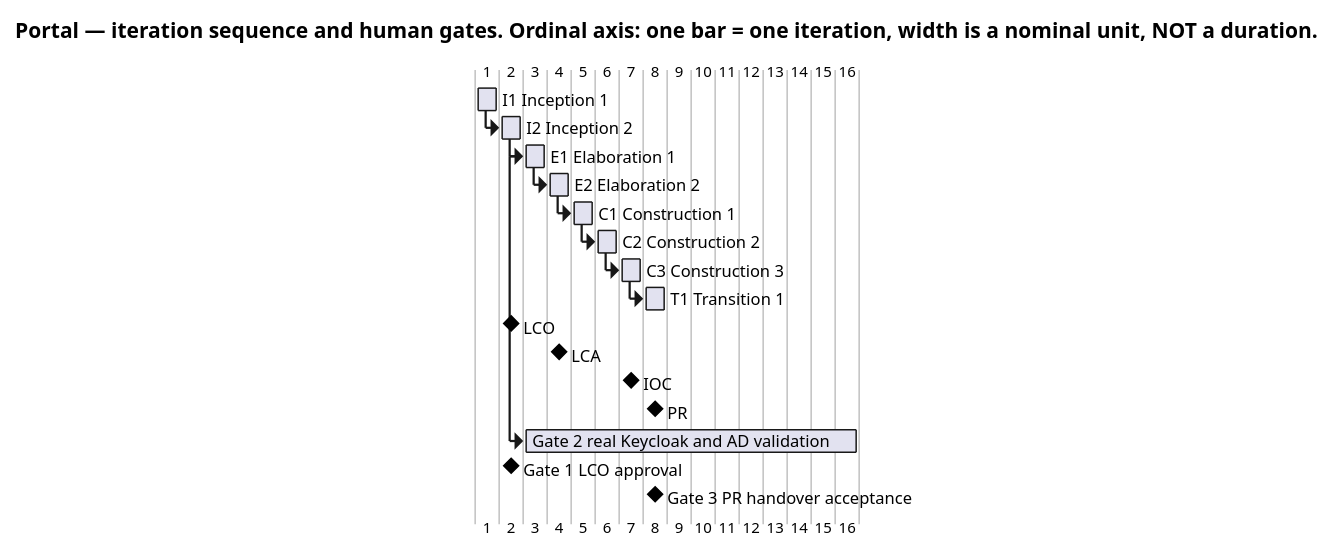
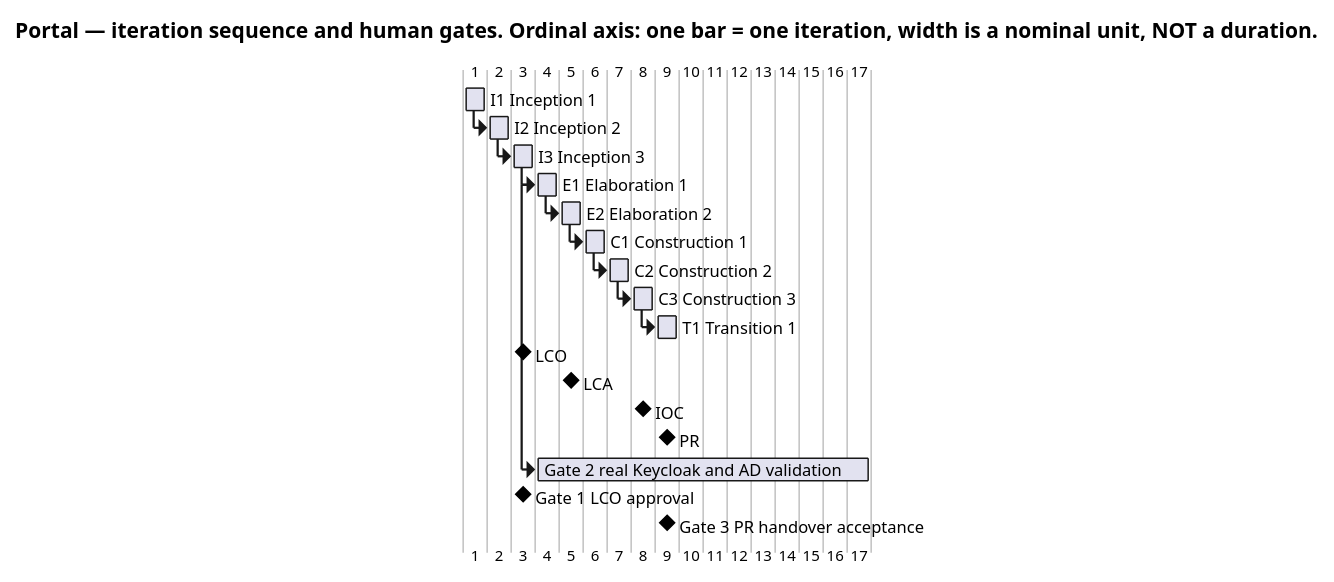
The second of 4 diagrams in docs/artifacts/project-management/iteration-plan.md (banense-test/portal), drawn with PlantUML before and after one commit. The commit also changed other lines of this file, not shown here.

````diff
--- a/docs/artifacts/project-management/iteration-plan.md
+++ b/docs/artifacts/project-management/iteration-plan.md
@@ -121,35 +121,37 @@
 ```plantuml
 @startgantt
 title Portal — iteration sequence and human gates. Ordinal axis: one bar = one iteration, width is a nominal unit, NOT a duration.
 [I1 Inception 1] lasts 1 day
 [I2 Inception 2] lasts 1 day
+[I3 Inception 3] lasts 1 day
 [E1 Elaboration 1] lasts 1 day
 [E2 Elaboration 2] lasts 1 day
 [C1 Construction 1] lasts 1 day
 [C2 Construction 2] lasts 1 day
 [C3 Construction 3] lasts 1 day
 [T1 Transition 1] lasts 1 day
 [I2 Inception 2] starts at [I1 Inception 1]'s end
-[E1 Elaboration 1] starts at [I2 Inception 2]'s end
+[I3 Inception 3] starts at [I2 Inception 2]'s end
+[E1 Elaboration 1] starts at [I3 Inception 3]'s end
 [E2 Elaboration 2] starts at [E1 Elaboration 1]'s end
 [C1 Construction 1] starts at [E2 Elaboration 2]'s end
 [C2 Construction 2] starts at [C1 Construction 1]'s end
 [C3 Construction 3] starts at [C2 Construction 2]'s end
 [T1 Transition 1] starts at [C3 Construction 3]'s end
-[LCO] happens at [I2 Inception 2]'s end
+[LCO] happens at [I3 Inception 3]'s end
 [LCA] happens at [E2 Elaboration 2]'s end
 [IOC] happens at [C3 Construction 3]'s end
 [PR] happens at [T1 Transition 1]'s end
 [Gate 2 real Keycloak and AD validation] lasts 14 days
 [Gate 2 real Keycloak and AD validation] starts at [E1 Elaboration 1]'s start
-[Gate 1 LCO approval] happens at [I2 Inception 2]'s end
+[Gate 1 LCO approval] happens at [I3 Inception 3]'s end
 [Gate 3 PR handover acceptance] happens at [T1 Transition 1]'s end
 note bottom
   ORDINAL AXIS, NO CALENDAR. One bar is one iteration and its width is a nominal unit, not a
   duration. The "1 day" token is PlantUML's syntax for that nominal unit: it is not a measured
   or estimated duration, and no calendar date is projected from it. No project start date is set.
   The only measured quantity on this chart is the human gate, in days of queue time, reported
   apart from agent time and never added to it.
 end note
 @endgantt
 ```
````
